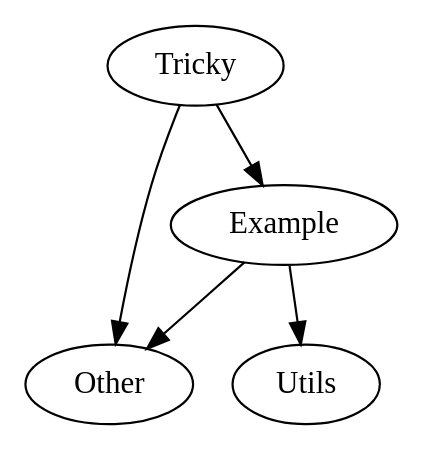
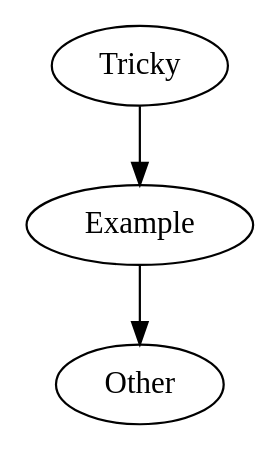
The diagram in graph.dot (Zebzab7/programanalysis), drawn with Graphviz before and after one commit. The commit also changed 1 other file, not shown here.

```diff
--- a/graph.dot
+++ b/graph.dot
@@ -1,6 +1,4 @@
 digraph G {
+Tricky -> Example
 Example -> Other
-Example -> Utils
-Tricky -> Example
-Tricky -> Other
 }
```
